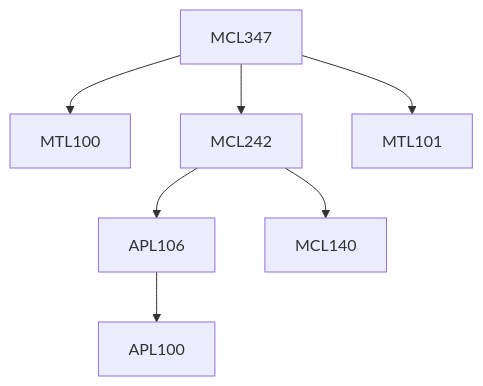
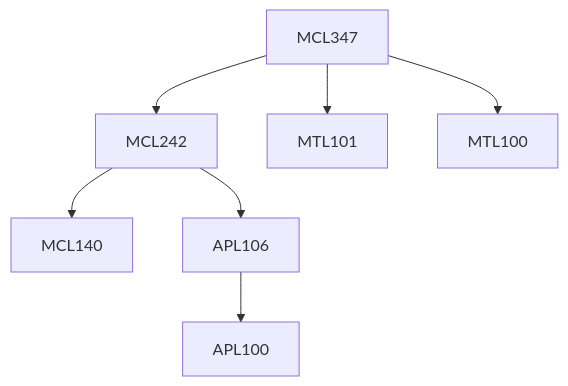
One commit to KeshavBansal0122/CoS_Website changed the diagram in content/Mechanical Engineering/MCL347.md. Above: the diagram before and after it, drawn with Mermaid. The commit also changed other lines of this file and 2662 other files, not shown here.

````diff
--- a/content/Mechanical Engineering/MCL347.md
+++ b/content/Mechanical Engineering/MCL347.md
@@ -15,13 +15,13 @@
 ```mermaid
 flowchart TD
 MCL347-457[MCL347]
-MCL347-457 --> MTL100-457[MTL100]
+MCL242-457 --> MCL140-457[MCL140]
+MCL347-457 --> MTL101-457[MTL101]
+MCL242-457 --> APL106-457[APL106]
 MCL347-457 --> MCL242-457[MCL242]
 APL106-457 --> APL100-457[APL100]
-MCL347-457 --> MTL101-457[MTL101]
-MCL242-457 --> MCL140-457[MCL140]
-MCL242-457 --> APL106-457[APL106]
+MCL347-457 --> MTL100-457[MTL100]
 
 classDef empty height:17px, fill:transparent, stroke:transparent;
 classDef trueEmpty height:0px, width:0px;
 ```
````
